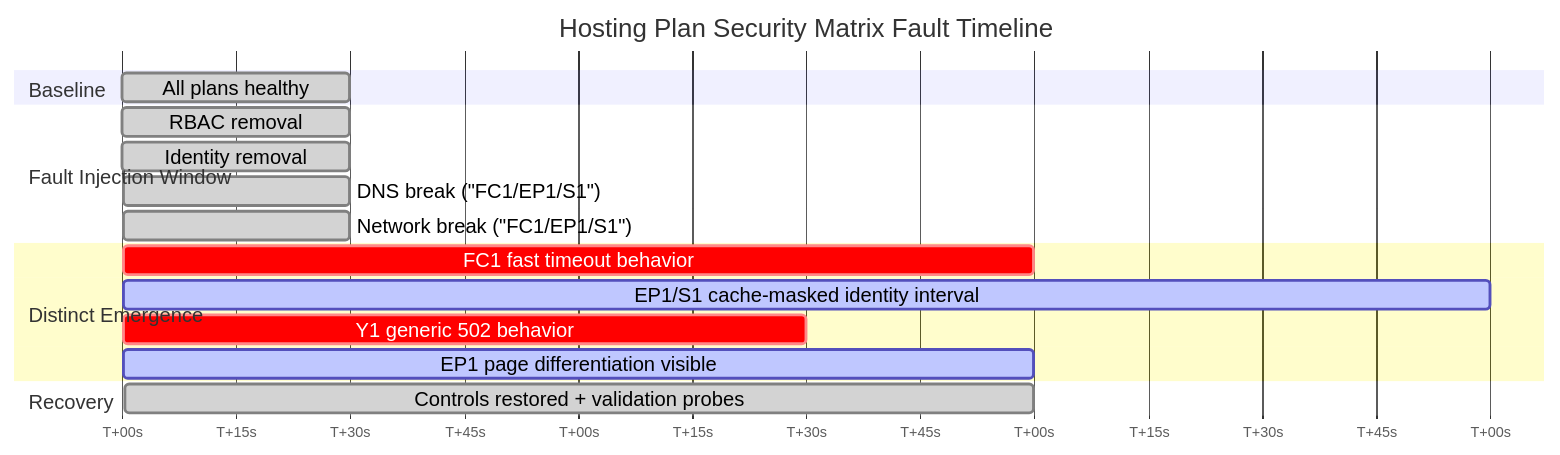
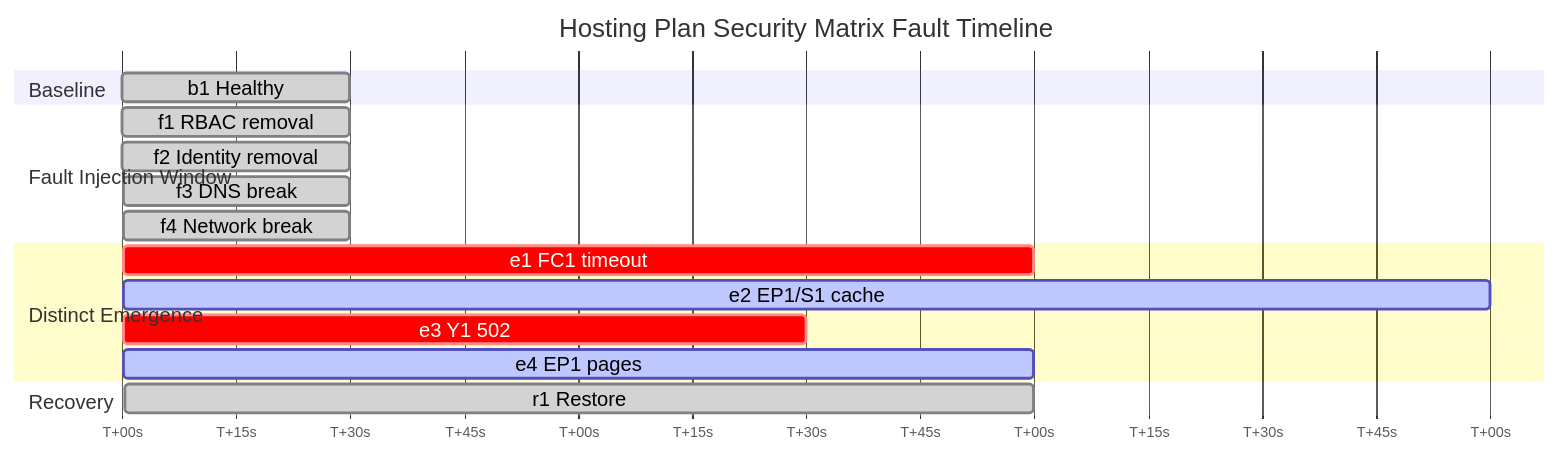
Before and after one commit to yeongseon/azure-functions-practical-guide: the third of 3 diagrams in docs/troubleshooting/lab-guides/hosting-plan-security-matrix.md, drawn with Mermaid. The commit also changed other lines of this file and 1 other file, not shown here.

Commit message:
docs(diagrams): restore full timeline task label visibility
Use short task-ID labels and an adjacent verbatim reading key to prevent
gantt text clipping without reducing typography or changing intervals.
Refresh the owned timeline manifest checksum.

Refs #259

````diff
--- a/docs/troubleshooting/lab-guides/hosting-plan-security-matrix.md
+++ b/docs/troubleshooting/lab-guides/hosting-plan-security-matrix.md
@@ -1355,27 +1355,27 @@
 ```mermaid
 %%{init: {'gantt': {'fontSize': 14, 'sectionFontSize': 14}}}%%
 gantt
     accTitle: Hosting Plan Security Matrix Fault Timeline
     accDescr: Existing page timeline with Baseline, Fault Injection Window, Distinct Emergence and Recovery sections. All original tasks and relative time values are retained; this migration does not establish run provenance or revalidate timing.
     title Hosting Plan Security Matrix Fault Timeline
     dateFormat  X
     axisFormat  T+%Ss
 
     section Baseline
-    All plans healthy                                :done, b1, 0, 30
+    b1 Healthy                                       :done, b1, 0, 30
 
     section Fault Injection Window
-    RBAC removal                                     :done, f1, 30, 30
-    Identity removal                                 :done, f2, 90, 30
-    DNS break ("FC1/EP1/S1")                           :done, f3, 150, 30
-    Network break ("FC1/EP1/S1")                       :done, f4, 210, 30
+    f1 RBAC removal                                  :done, f1, 30, 30
+    f2 Identity removal                              :done, f2, 90, 30
+    f3 DNS break                                     :done, f3, 150, 30
+    f4 Network break                                 :done, f4, 210, 30
 
     section Distinct Emergence
-    FC1 fast timeout behavior                        :crit, e1, 120, 120
-    EP1/S1 cache-masked identity interval            :active, e2, 120, 180
-    Y1 generic 502 behavior                           :crit, e3, 150, 90
-    EP1 page differentiation visible                 :active, e4, 180, 120
+    e1 FC1 timeout                                   :crit, e1, 120, 120
+    e2 EP1/S1 cache                                  :active, e2, 120, 180
+    e3 Y1 502                                        :crit, e3, 150, 90
+    e4 EP1 pages                                     :active, e4, 180, 120
 
     section Recovery
-    Controls restored + validation probes            :done, r1, 360, 120
+    r1 Restore                                       :done, r1, 360, 120
 ```
````
